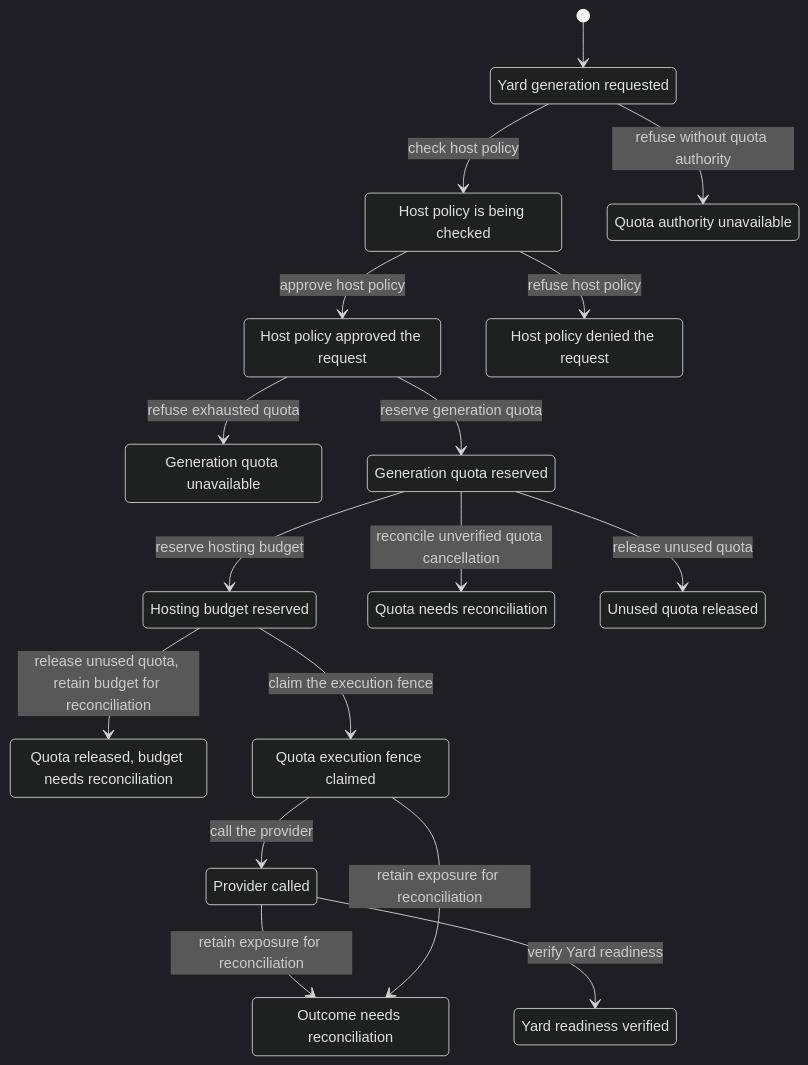
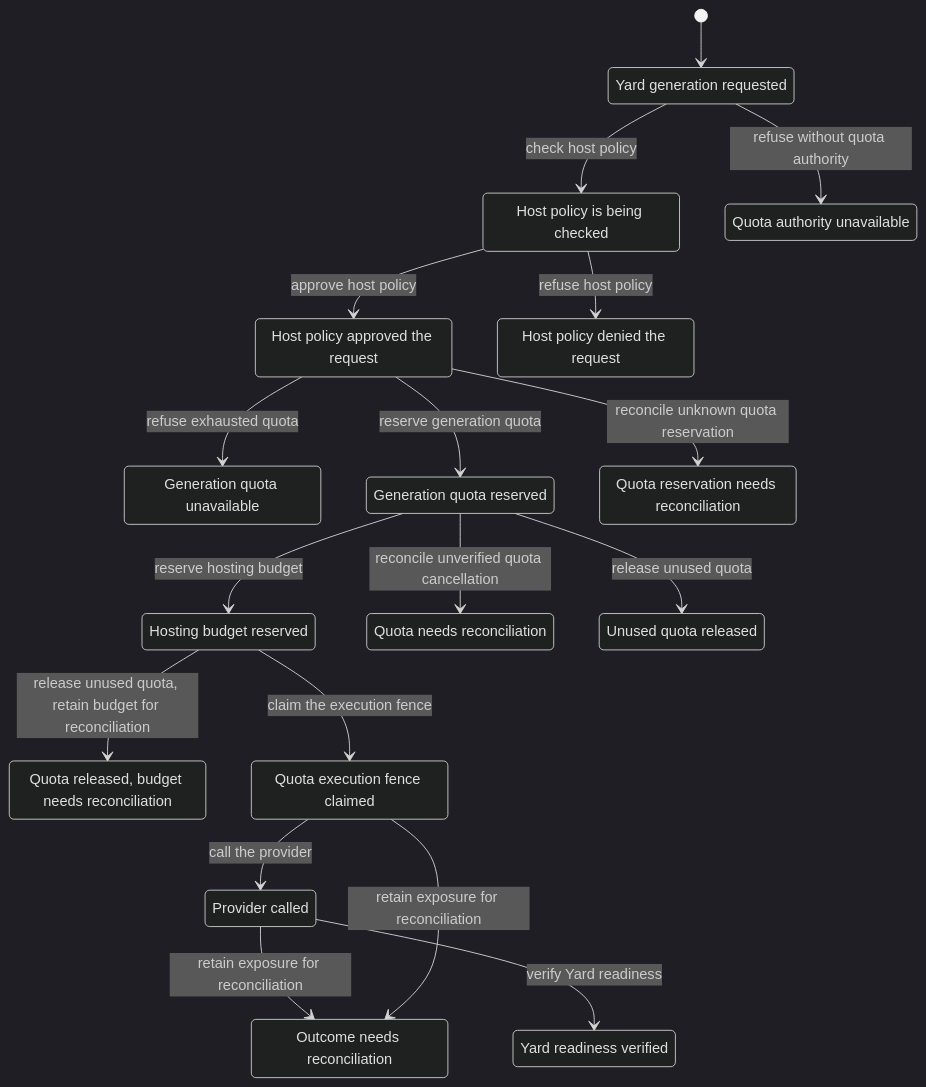
Diagram 16 of 46 in packages/broker/README.md (Hobo-Labs/HoBo), drawn with Mermaid (dark theme) before and after one commit. The commit also changed other lines of this file and 35 other files, not shown here.

Commit message:
Model quota cancellation, migration and uncertain admission

````diff
--- a/packages/broker/README.md
+++ b/packages/broker/README.md
@@ -454,34 +454,36 @@
 ```mermaid
 stateDiagram-v2
   s0: Yard generation requested
   s1: Host policy is being checked
   s2: Quota authority unavailable
   s3: Host policy approved the request
   s4: Host policy denied the request
   s5: Generation quota unavailable
   s6: Generation quota reserved
-  s7: Hosting budget reserved
-  s8: Quota needs reconciliation
-  s9: Unused quota released
-  s10: Quota released, budget needs reconciliation
-  s11: Quota execution fence claimed
-  s12: Provider called
-  s13: Yard readiness verified
-  s14: Outcome needs reconciliation
+  s7: Quota reservation needs reconciliation
+  s8: Hosting budget reserved
+  s9: Quota needs reconciliation
+  s10: Unused quota released
+  s11: Quota released, budget needs reconciliation
+  s12: Quota execution fence claimed
+  s13: Provider called
+  s14: Yard readiness verified
+  s15: Outcome needs reconciliation
   [*] --> s0
   s0 --> s2: refuse without quota authority
   s0 --> s1: check host policy
   s1 --> s4: refuse host policy
   s1 --> s3: approve host policy
   s3 --> s5: refuse exhausted quota
+  s3 --> s7: reconcile unknown quota reservation
   s3 --> s6: reserve generation quota
-  s6 --> s7: reserve hosting budget
-  s6 --> s8: reconcile unverified quota cancellation
-  s6 --> s9: release unused quota
-  s7 --> s10: release unused quota, retain budget for reconciliation
-  s7 --> s11: claim the execution fence
-  s11 --> s12: call the provider
-  s12 --> s14: retain exposure for reconciliation
-  s12 --> s13: verify Yard readiness
-  s11 --> s14: retain exposure for reconciliation
+  s6 --> s8: reserve hosting budget
+  s6 --> s9: reconcile unverified quota cancellation
+  s6 --> s10: release unused quota
+  s8 --> s11: release unused quota, retain budget for reconciliation
+  s8 --> s12: claim the execution fence
+  s12 --> s13: call the provider
+  s13 --> s15: retain exposure for reconciliation
+  s13 --> s14: verify Yard readiness
+  s12 --> s15: retain exposure for reconciliation
 ```
````
